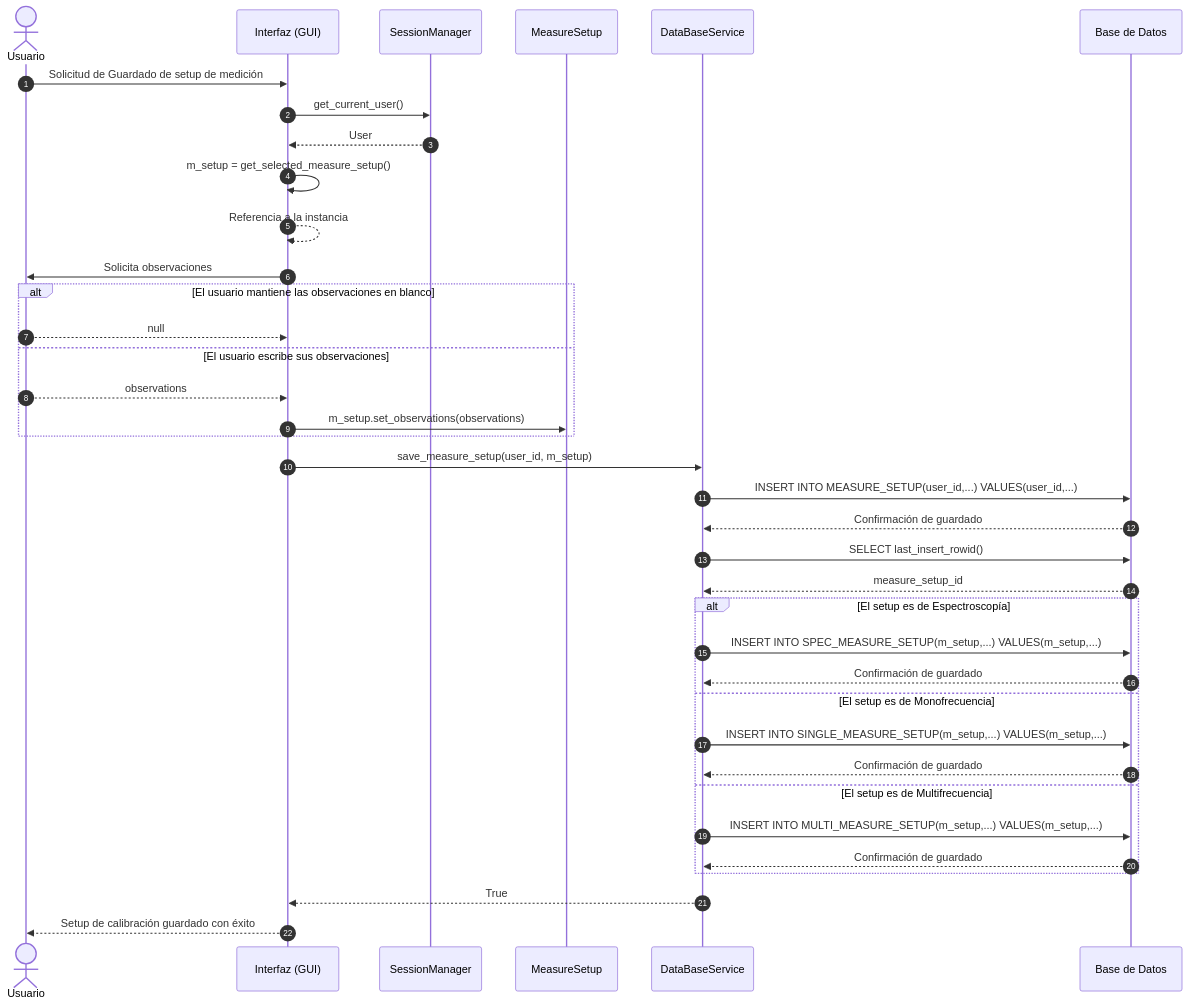
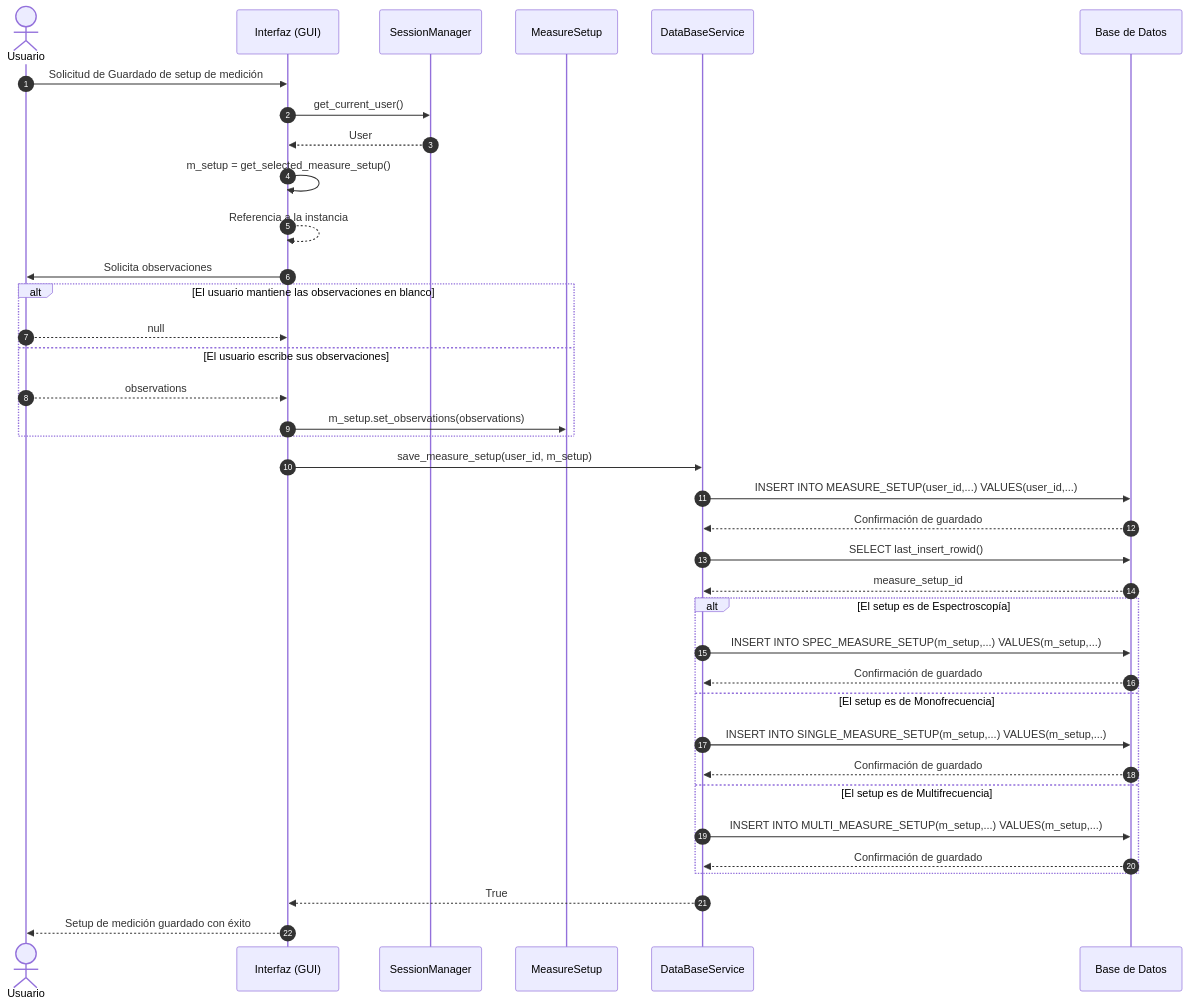
The tenth of 11 diagrams in Gmini-MarkDown/Diagramas/Diagramas de Secuencia.md (alegrelias/Repo-GMini), drawn with Mermaid before and after one commit. The commit also changed other lines of this file, not shown here.

Commit message:
Se agrega diagrama de secuencia

````diff
--- a/Gmini-MarkDown/Diagramas/Diagramas de Secuencia.md
+++ b/Gmini-MarkDown/Diagramas/Diagramas de Secuencia.md
@@ -361,46 +361,46 @@
 ```mermaid
 sequenceDiagram
 autonumber
 
 actor U as Usuario
 participant G as Interfaz (GUI)
 participant session as SessionManager
 participant MS as MeasureSetup
 
 U->>G: Solicitud de Guardado de setup de medición
 G->>session: get_current_user()
 session-->>G: User
 G->>G: m_setup = get_selected_measure_setup()
 G-->>G: Referencia a la instancia
 
 G->>U: Solicita observaciones
 alt El usuario mantiene las observaciones en blanco
 	U-->>G: null
 else El usuario escribe sus observaciones
 	U-->>G: observations
 	G->>MS: m_setup.set_observations(observations)
 end
 
 participant dbs as DataBaseService
 participant db as Base de Datos
 
 G->>dbs: save_measure_setup(user_id, m_setup)
 dbs->>db: INSERT INTO MEASURE_SETUP(user_id,...) VALUES(user_id,...)
 	db-->>dbs: Confirmación de guardado
 	
 	dbs->>db: SELECT last_insert_rowid()
 	db-->>dbs: measure_setup_id
 	
 	alt El setup es de Espectroscopía
 		dbs->>db: INSERT INTO SPEC_MEASURE_SETUP(m_setup,...) VALUES(m_setup,...)
 		db-->>dbs: Confirmación de guardado
 	else El setup es de Monofrecuencia
 		dbs->>db: INSERT INTO SINGLE_MEASURE_SETUP(m_setup,...) VALUES(m_setup,...)
 		db-->>dbs: Confirmación de guardado
 	else El setup es de Multifrecuencia
 		dbs->>db: INSERT INTO MULTI_MEASURE_SETUP(m_setup,...) VALUES(m_setup,...)
 		db-->>dbs: Confirmación de guardado
 	end
 dbs-->>G: True
-G-->>U: Setup de calibración guardado con éxito
+G-->>U: Setup de medición guardado con éxito
 ```
````
